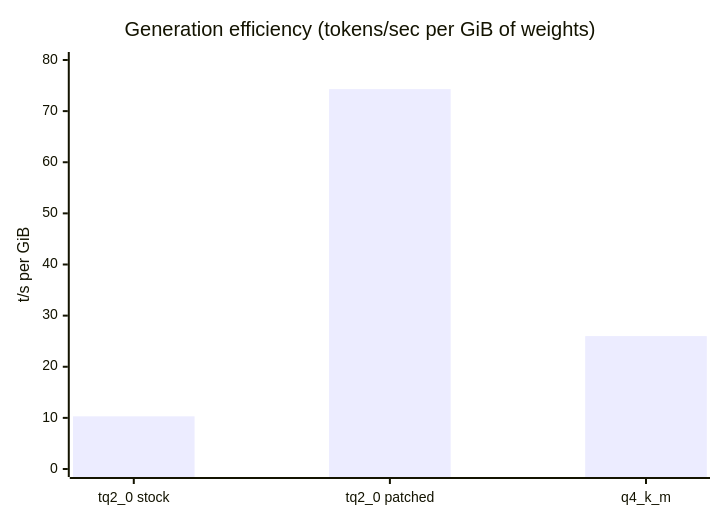
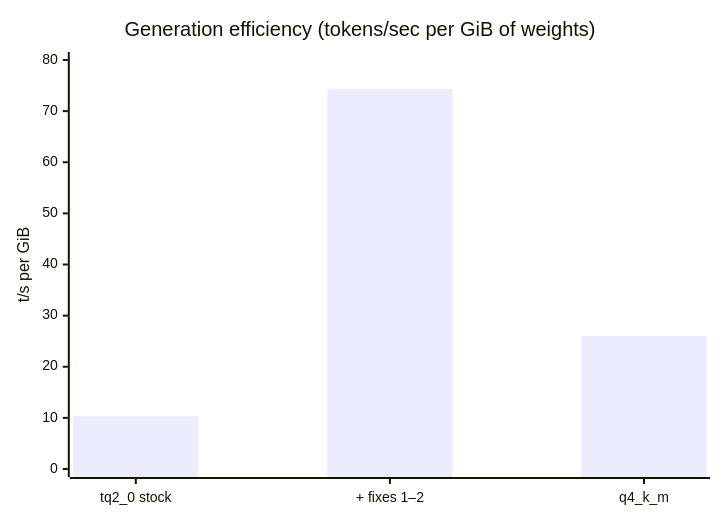
Before and after one commit to PascalAI2024/maple-preview-windows-cuda: the third of 7 diagrams in README.md, drawn with Mermaid. The commit also changed other lines of this file and 23 other files, not shown here.

````diff
--- a/README.md
+++ b/README.md
@@ -213,7 +238,7 @@
 ```mermaid
 xychart-beta
     title "Generation efficiency (tokens/sec per GiB of weights)"
-    x-axis ["tq2_0 stock", "tq2_0 patched", "q4_k_m"]
+    x-axis ["tq2_0 stock", "+ fixes 1–2", "q4_k_m"]
     y-axis "t/s per GiB" 0 --> 80
     bar [10.3, 74.3, 26.0]
 ```
````
